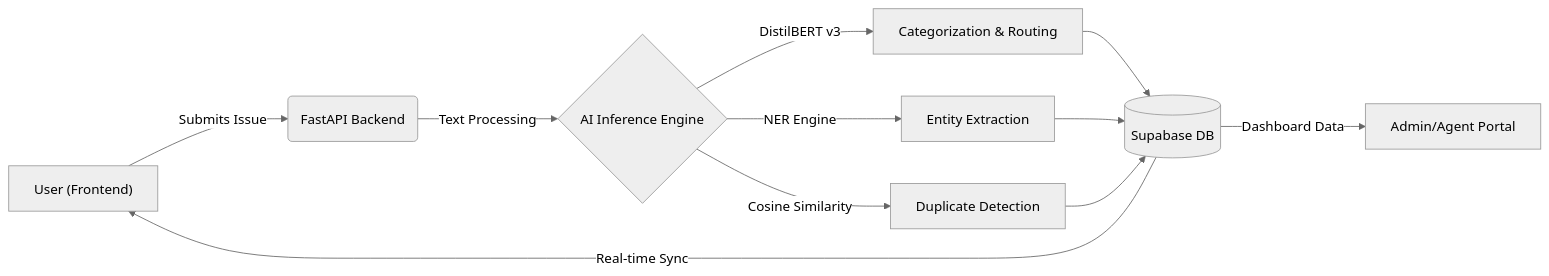
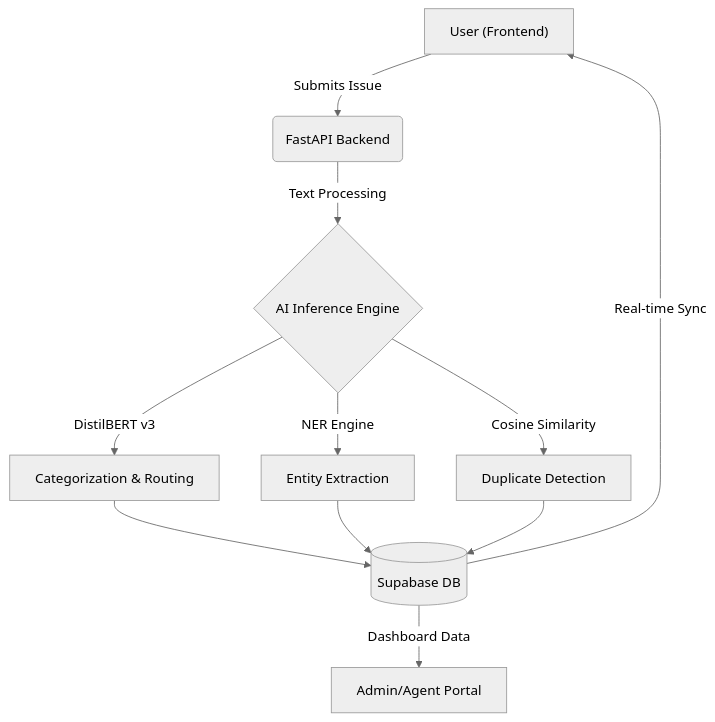
One commit to Daksh7785/HELPDESK.AI changed the diagram in README.md. Above: the diagram before and after it, drawn with Mermaid (neutral theme). The commit also changed other lines of this file and 1 other file, not shown here.

Commit message:
docs: vertical architecture diagram and move platform map to root

````diff
--- a/README.md
+++ b/README.md
@@ -42,13 +42,13 @@
 ```mermaid
-graph LR
+graph TD
     A["User (Frontend)"] -->|"Submits Issue"| B("FastAPI Backend")
     B -->|"Text Processing"| C{"AI Inference Engine"}
     C -->|"DistilBERT v3"| D["Categorization & Routing"]
     C -->|"NER Engine"| E["Entity Extraction"]
     C -->|"Cosine Similarity"| F["Duplicate Detection"]
     D --> G[("Supabase DB")]
     E --> G
     F --> G
     G -->|"Real-time Sync"| A
     G -->|"Dashboard Data"| H["Admin/Agent Portal"]
 ```
````
